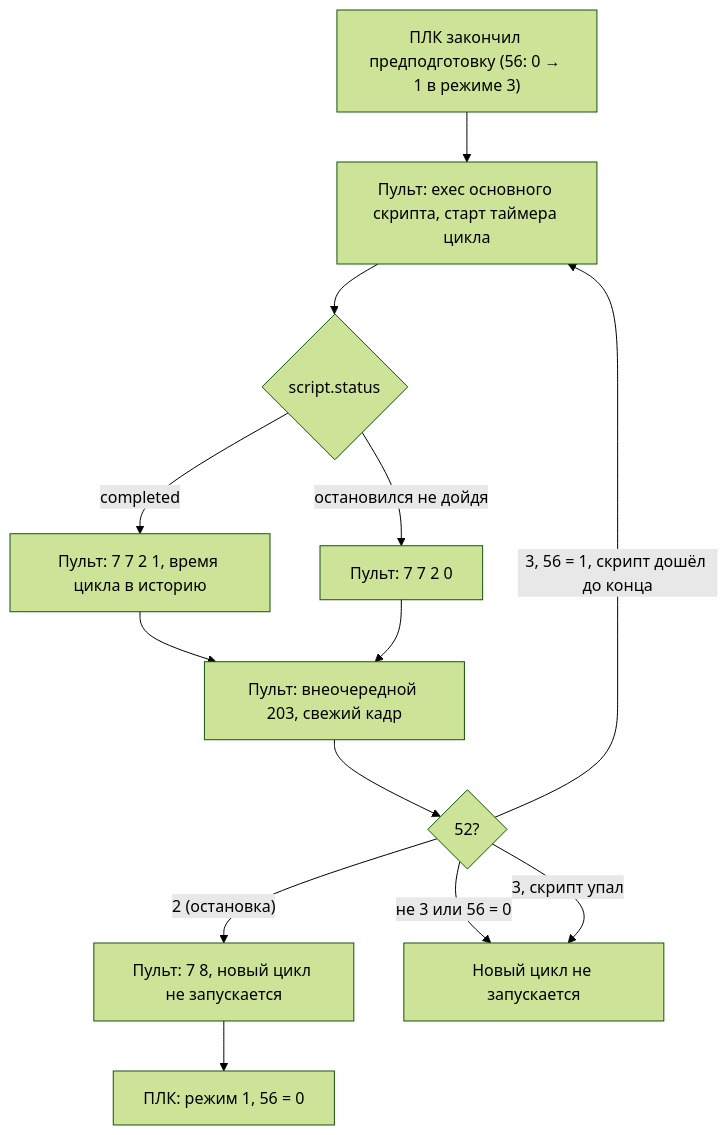
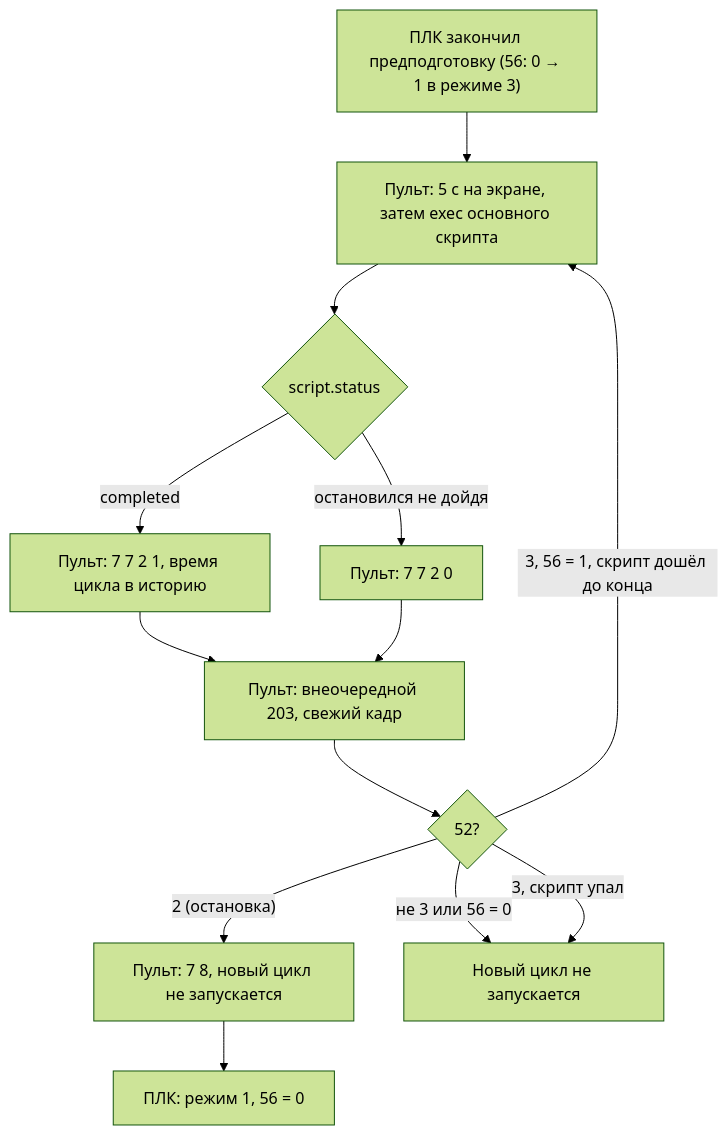
One commit to SoreGame/line-hmi-qt changed the third of 3 diagrams in docs/PLC_PROTOCOL.md. Above: the diagram before and after it, drawn with Mermaid (forest theme). The commit also changed other lines of this file and 15 other files, not shown here.

````diff
--- a/docs/PLC_PROTOCOL.md
+++ b/docs/PLC_PROTOCOL.md
@@ -285,15 +288,15 @@
 ```mermaid
 flowchart TD
-    A["ПЛК закончил предподготовку (56: 0 → 1 в режиме 3)"] --> B["Пульт: exec основного скрипта, старт таймера цикла"]
+    A["ПЛК закончил предподготовку (56: 0 → 1 в режиме 3)"] --> B["Пульт: 5 с на экране, затем exec основного скрипта"]
     B --> C{"script.status"}
     C -- "completed" --> D["Пульт: 7 7 2 1, время цикла в историю"]
     C -- "остановился не дойдя" --> E["Пульт: 7 7 2 0"]
     D --> F["Пульт: внеочередной 203, свежий кадр"]
     E --> F
     F --> G{"52?"}
     G -- "2 (остановка)" --> S["Пульт: 7 8, новый цикл не запускается"]
     G -- "не 3 или 56 = 0" --> H["Новый цикл не запускается"]
     G -- "3, 56 = 1, скрипт дошёл до конца" --> B
     G -- "3, скрипт упал" --> H
     S --> R["ПЛК: режим 1, 56 = 0"]
 ```
````
